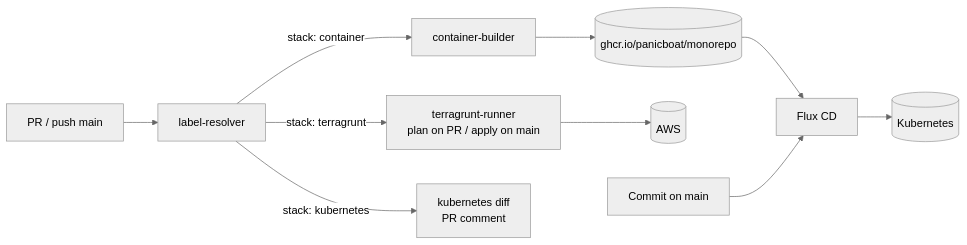
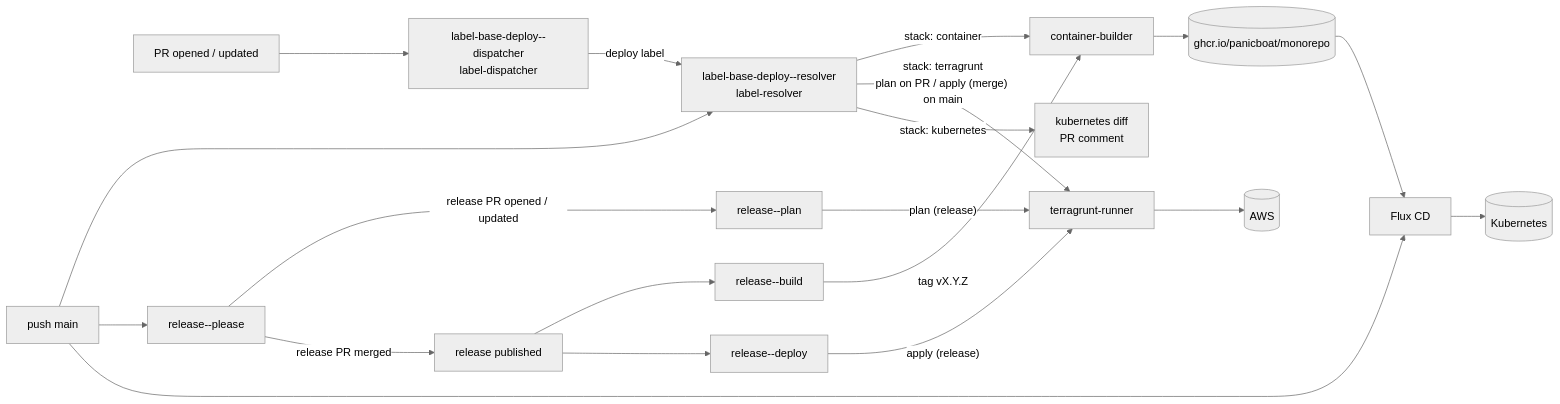
The second of 2 diagrams in README-ja.md (panicboat/monorepo), drawn with Mermaid (neutral theme) before and after one commit. The commit also changed other lines of this file and 37 other files, not shown here.

````diff
--- a/README-ja.md
+++ b/README-ja.md
@@ -48,12 +48,22 @@
 ```mermaid
 flowchart LR
-  PR[PR / push main] --> Resolver[label-resolver]
+  PR[PR opened / updated] --> Dispatcher[label-base-deploy--dispatcher<br/>label-dispatcher]
+  Dispatcher -->|deploy label| Resolver[label-base-deploy--resolver<br/>label-resolver]
+  Main[push main] --> Resolver
+  Main --> Please[release--please]
+  Please -->|release PR opened / updated| Plan[release--plan]
+  Please -->|release PR merged| Published[release published]
+  Published --> Build[release--build]
+  Published --> Deploy[release--deploy]
   Resolver -->|stack: container| Builder[container-builder]
-  Resolver -->|stack: terragrunt| Terragrunt[terragrunt-runner<br/>plan on PR / apply on main]
+  Resolver -->|"stack: terragrunt<br/>plan on PR / apply (merge) on main"| Terragrunt[terragrunt-runner]
   Resolver -->|stack: kubernetes| Diff[kubernetes diff<br/>PR comment]
+  Plan -->|"plan (release)"| Terragrunt
+  Deploy -->|"apply (release)"| Terragrunt
+  Build -->|tag vX.Y.Z| Builder
   Builder --> GHCR[(ghcr.io/panicboat/monorepo)]
   Terragrunt --> AWS[(AWS)]
   GHCR --> Flux[Flux CD]
-  Main[Commit on main] --> Flux
+  Main --> Flux
   Flux --> K8s[(Kubernetes)]
 ```
````
